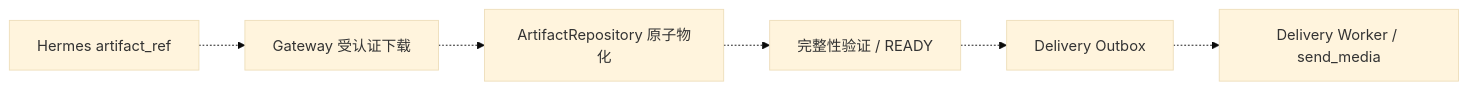
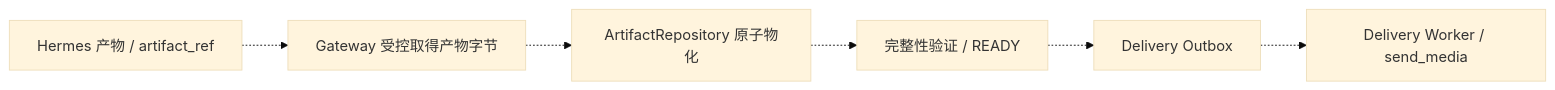
Before and after one commit to Tangbohu09527/CF_ecommerce-automation-docs: the third of 3 diagrams in 02_系统设计.md, drawn with Mermaid (base theme). The commit also changed other lines of this file and 19 other files, not shown here.

````diff
--- a/02_系统设计.md
+++ b/02_系统设计.md
@@ -192,8 +194,8 @@
 ```mermaid
 flowchart LR
-    H["Hermes artifact_ref"] -.-> DL["Gateway 受认证下载"]
+    H["Hermes 产物 / artifact_ref"] -.-> DL["Gateway 受控取得产物字节"]
     DL -.-> AR["ArtifactRepository 原子物化"]
     AR -.-> READY["完整性验证 / READY"]
     READY -.-> O["Delivery Outbox"]
     O -.-> W["Delivery Worker / send_media"]
 ```
````
